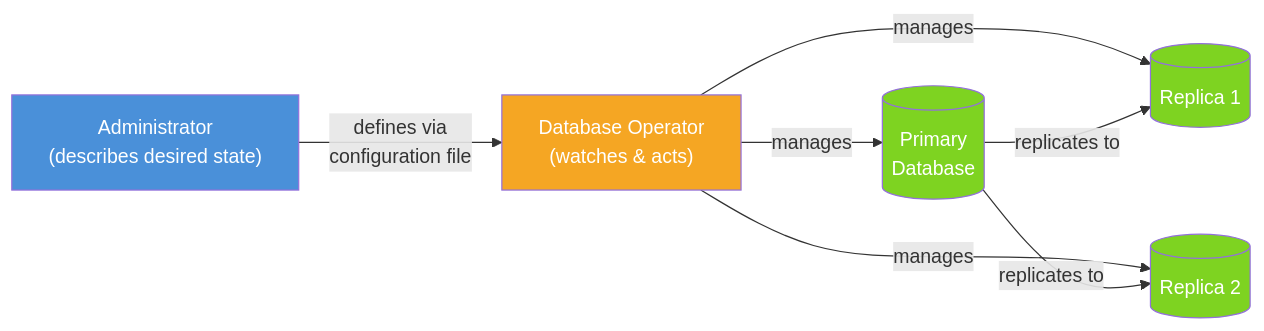
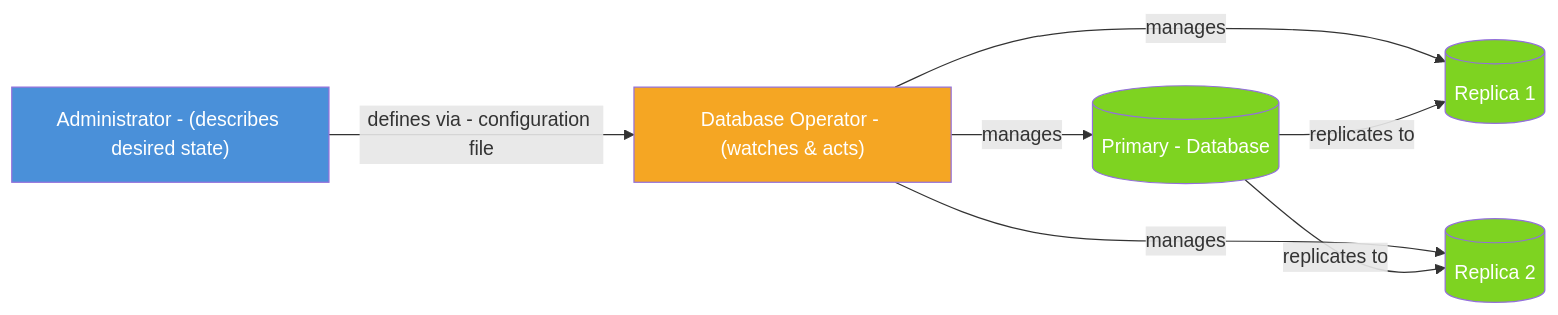
The second of 5 diagrams in pages/Data_storage.qmd (abecam/DeKCD-DMOnTheCloud), drawn with Mermaid before and after one commit. The commit also changed other lines of this file, not shown here.

Commit message:
Fixed mermaid schemas (\n replaced to -).

````diff
--- a/pages/Data_storage.qmd
+++ b/pages/Data_storage.qmd
@@ -105,21 +105,21 @@
 ```{mermaid}
 flowchart LR
-    Admin["Administrator\n(describes desired state)"]
-    Operator["Database Operator\n(watches & acts)"]
-    DB1[(Primary\nDatabase)]
+    Admin["Administrator - (describes desired state)"]
+    Operator["Database Operator - (watches & acts)"]
+    DB1[(Primary - Database)]
     DB2[(Replica 1)]
     DB3[(Replica 2)]
 
-    Admin -->|"defines via\nconfiguration file"| Operator
+    Admin -->|"defines via - configuration file"| Operator
     Operator -->|manages| DB1
     Operator -->|manages| DB2
     Operator -->|manages| DB3
     DB1 -->|replicates to| DB2
     DB1 -->|replicates to| DB3
 
     style Admin fill:#4A90D9,color:#fff
     style Operator fill:#F5A623,color:#fff
     style DB1 fill:#7ED321,color:#fff
     style DB2 fill:#7ED321,color:#fff
     style DB3 fill:#7ED321,color:#fff
 ```
````
